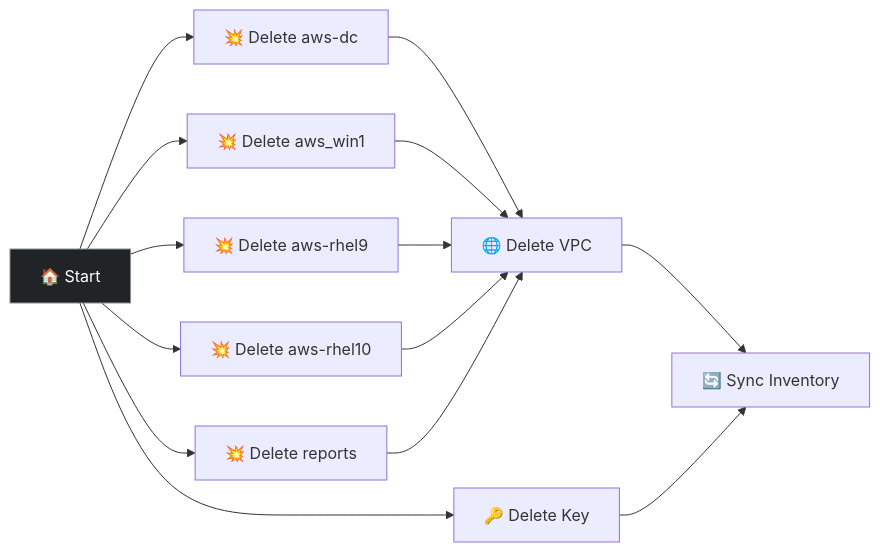
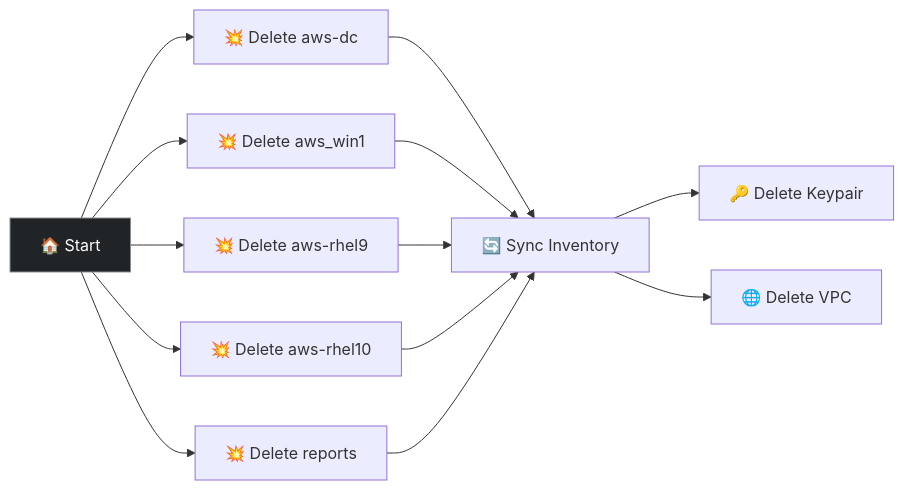
Before and after one commit to ansible/product-demos: the diagram in cloud/docs/cloud-destroy-stack.md, drawn with Mermaid. The commit also changed other lines of this file and 5 other files, not shown here.

````diff
--- a/cloud/docs/cloud-destroy-stack.md
+++ b/cloud/docs/cloud-destroy-stack.md
@@ -19,18 +19,17 @@
 ```mermaid
 graph LR
   S["🏠 Start"]
   S --> A
   S --> B
   S --> C
   S --> D
   S --> E
-  S --> G
-  A["💥 Delete aws-dc"] --> F["🌐 Delete VPC"]
+  A["💥 Delete aws-dc"] --> F["🔄 Sync Inventory"]
   B["💥 Delete aws_win1"] --> F
   C["💥 Delete aws-rhel9"] --> F
   D["💥 Delete aws-rhel10"] --> F
   E["💥 Delete reports"] --> F
-  F --> H["🔄 Sync Inventory"]
-  G["🔑 Delete Key"] --> H
+  F --> G["🔑 Delete Keypair"]
+  F --> H["🌐 Delete VPC"]
   style S fill:#212427,stroke:#8a8d90,color:#fff
 ```
````
